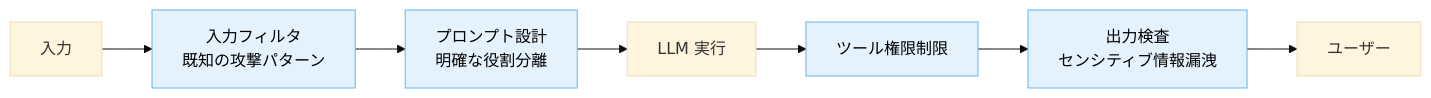
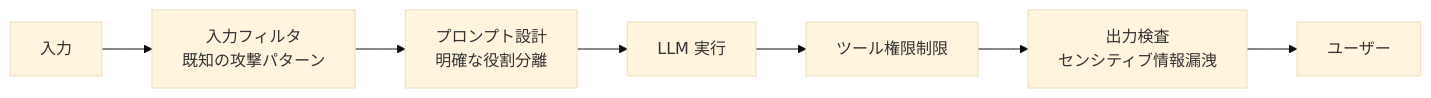
Before and after one commit to dinekt/dinekt-wiki: the second of 2 diagrams in docs/concepts/プロンプトインジェクション-llm-アプリの最重要セキュリティ論点.md, drawn with Mermaid (base theme). The commit also changed other lines of this file and 70 other files, not shown here.

First line of the commit message:
fix(mermaid): strip all inline styling, rely on theme

````diff
--- a/docs/concepts/プロンプトインジェクション-llm-アプリの最重要セキュリティ論点.md
+++ b/docs/concepts/プロンプトインジェクション-llm-アプリの最重要セキュリティ論点.md
@@ -61,14 +58,10 @@
 ```mermaid
 flowchart LR
     I[入力] --> F[入力フィルタ<br/>既知の攻撃パターン]
     F --> S[プロンプト設計<br/>明確な役割分離]
     S --> L[LLM 実行]
     L --> T[ツール権限制限]
     T --> O[出力検査<br/>センシティブ情報漏洩]
     O --> U[ユーザー]
 
-    style F fill:#e3f2fd,stroke:#64b5f6,color:#000
-    style S fill:#e3f2fd,stroke:#64b5f6,color:#000
-    style T fill:#e3f2fd,stroke:#64b5f6,color:#000
-    style O fill:#e3f2fd,stroke:#64b5f6,color:#000
 ```
````
